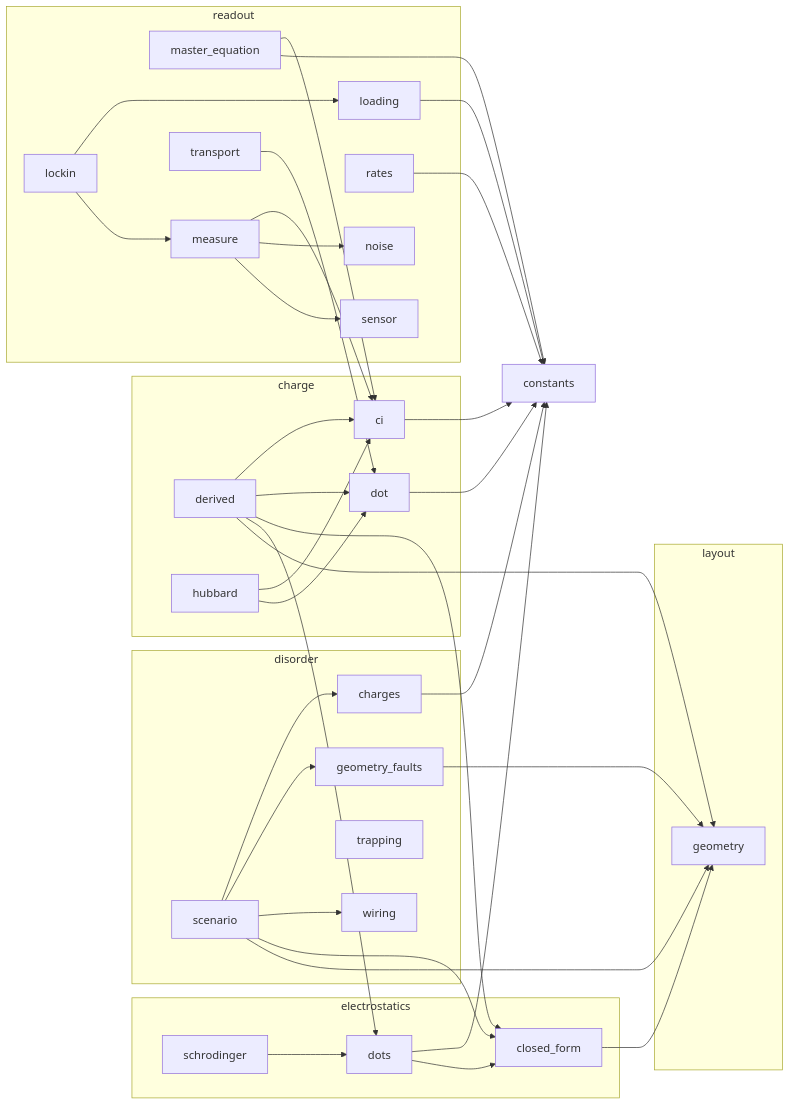
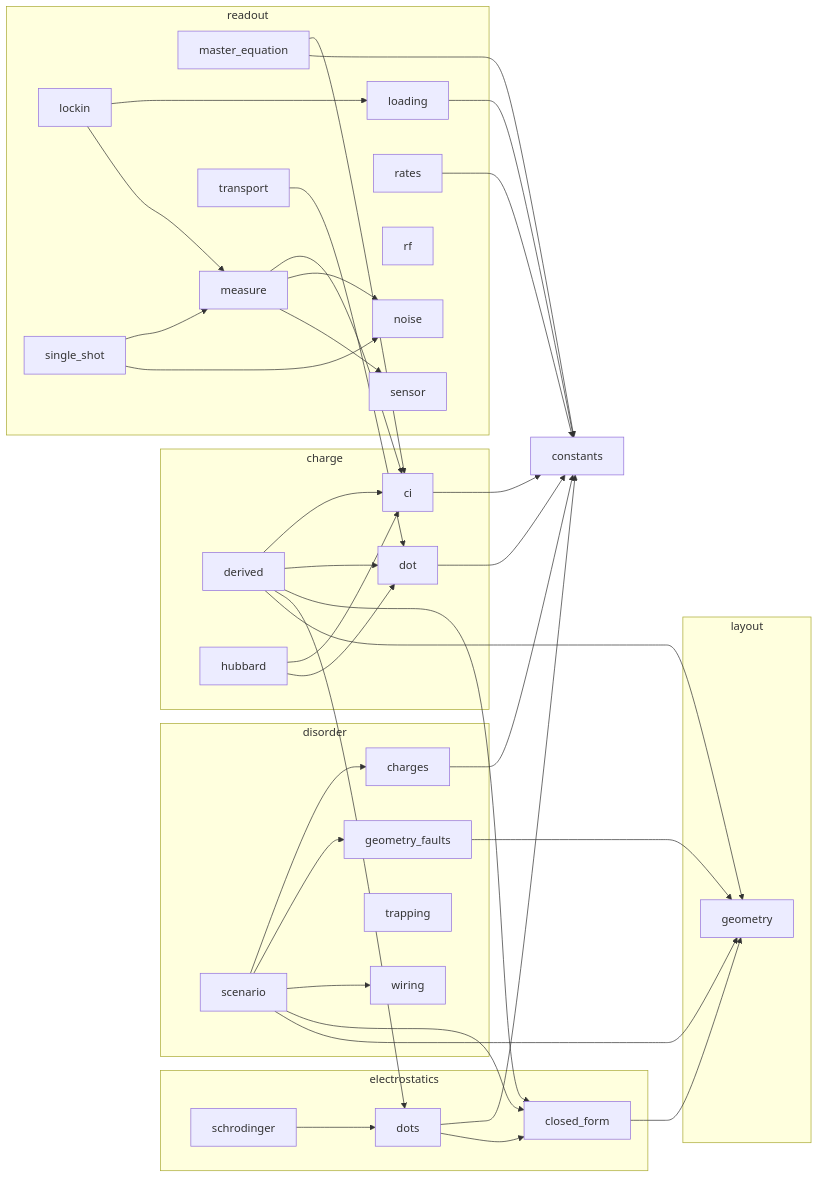
Before and after one commit to CowboyQuantum/phantom: the second of 2 diagrams in docs/MODELS.md, drawn with Mermaid. The commit also changed other lines of this file and 15 other files, not shown here.

First line of the commit message:
feat(readout): RF tank reflectometry and single-shot readout statistics (Step 4, second PR)

````diff
--- a/docs/MODELS.md
+++ b/docs/MODELS.md
@@ -142,64 +151,68 @@
 ```mermaid
 flowchart LR
   subgraph layout
     layout_geometry["geometry"]
   end
   subgraph electrostatics
     electrostatics_closed_form["closed_form"]
     electrostatics_dots["dots"]
     electrostatics_schrodinger["schrodinger"]
   end
   subgraph disorder
     disorder_charges["charges"]
     disorder_geometry_faults["geometry_faults"]
     disorder_scenario["scenario"]
     disorder_trapping["trapping"]
     disorder_wiring["wiring"]
   end
   subgraph charge
     charge_ci["ci"]
     charge_derived["derived"]
     charge_dot["dot"]
     charge_hubbard["hubbard"]
   end
   subgraph readout
     readout_loading["loading"]
     readout_lockin["lockin"]
     readout_master_equation["master_equation"]
     readout_measure["measure"]
     readout_noise["noise"]
     readout_rates["rates"]
+    readout_rf["rf"]
     readout_sensor["sensor"]
+    readout_single_shot["single_shot"]
     readout_transport["transport"]
   end
   charge_ci --> constants
   charge_derived --> charge_ci
   charge_derived --> charge_dot
   charge_derived --> electrostatics_closed_form
   charge_derived --> electrostatics_dots
   charge_derived --> layout_geometry
   charge_dot --> constants
   charge_hubbard --> charge_ci
   charge_hubbard --> charge_dot
   disorder_charges --> constants
   disorder_geometry_faults --> layout_geometry
   disorder_scenario --> disorder_charges
   disorder_scenario --> disorder_geometry_faults
   disorder_scenario --> disorder_wiring
   disorder_scenario --> electrostatics_closed_form
   disorder_scenario --> layout_geometry
   electrostatics_closed_form --> layout_geometry
   electrostatics_dots --> constants
   electrostatics_dots --> electrostatics_closed_form
   electrostatics_schrodinger --> electrostatics_dots
   readout_loading --> constants
   readout_lockin --> readout_loading
   readout_lockin --> readout_measure
   readout_master_equation --> charge_ci
   readout_master_equation --> constants
   readout_measure --> charge_ci
   readout_measure --> readout_noise
   readout_measure --> readout_sensor
   readout_rates --> constants
+  readout_single_shot --> readout_measure
+  readout_single_shot --> readout_noise
   readout_transport --> charge_dot
 ```
````
